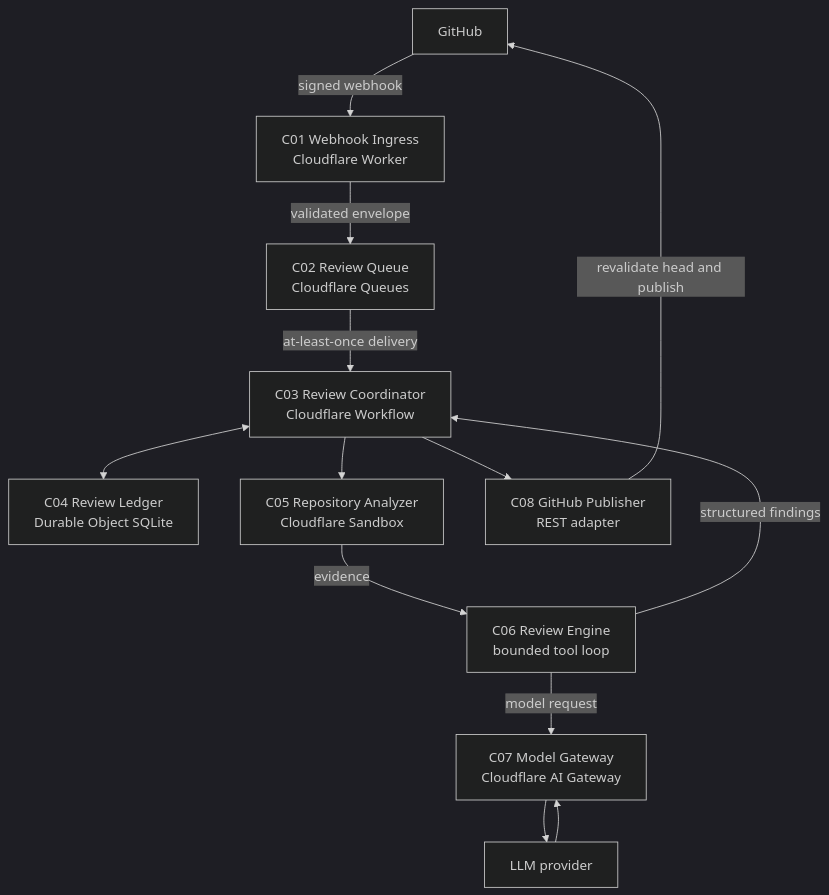
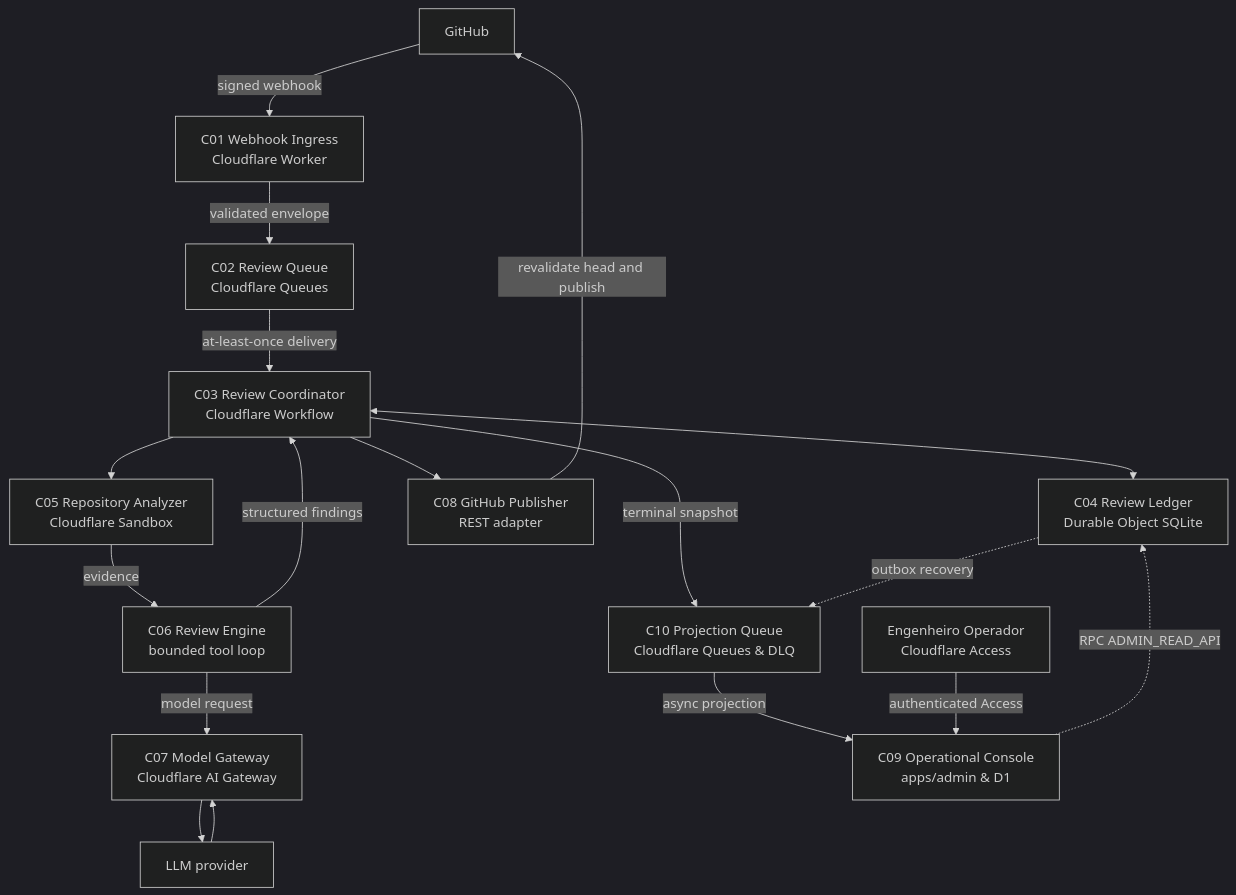
One commit to ThiagoCrepequer/holon changed the diagram in docs/architecture/container-view.md. Above: the diagram before and after it, drawn with Mermaid (dark theme). The commit also changed other lines of this file and 112 other files, not shown here.

First line of the commit message:
feat(admin): internal operational console, D1 read model, @holon/ui design system, and DLQ replay (ADR-0029)

````diff
--- a/docs/architecture/container-view.md
+++ b/docs/architecture/container-view.md
@@ -20,26 +21,34 @@
 ```mermaid
 flowchart TD
     GH[GitHub]
     C01[C01 Webhook Ingress<br/>Cloudflare Worker]
     C02[C02 Review Queue<br/>Cloudflare Queues]
     C03[C03 Review Coordinator<br/>Cloudflare Workflow]
     C04[C04 Review Ledger<br/>Durable Object SQLite]
     C05[C05 Repository Analyzer<br/>Cloudflare Sandbox]
     C06[C06 Review Engine<br/>bounded tool loop]
     C07[C07 Model Gateway<br/>Cloudflare AI Gateway]
     C08[C08 GitHub Publisher<br/>REST adapter]
+    C09[C09 Operational Console<br/>apps/admin & D1]
+    C10[C10 Projection Queue<br/>Cloudflare Queues & DLQ]
+    OP[Engenheiro Operador<br/>Cloudflare Access]
     MODEL[LLM provider]
 
     GH -->|signed webhook| C01
     C01 -->|validated envelope| C02
     C02 -->|at-least-once delivery| C03
     C03 <--> C04
     C03 --> C05
     C05 -->|evidence| C06
     C06 -->|model request| C07
     C07 --> MODEL
     MODEL --> C07
     C06 -->|structured findings| C03
     C03 --> C08
     C08 -->|revalidate head and publish| GH
+    C03 -->|terminal snapshot| C10
+    C04 -.->|outbox recovery| C10
+    C10 -->|async projection| C09
+    OP -->|authenticated Access| C09
+    C09 -.->|RPC ADMIN_READ_API| C04
 ```
````
